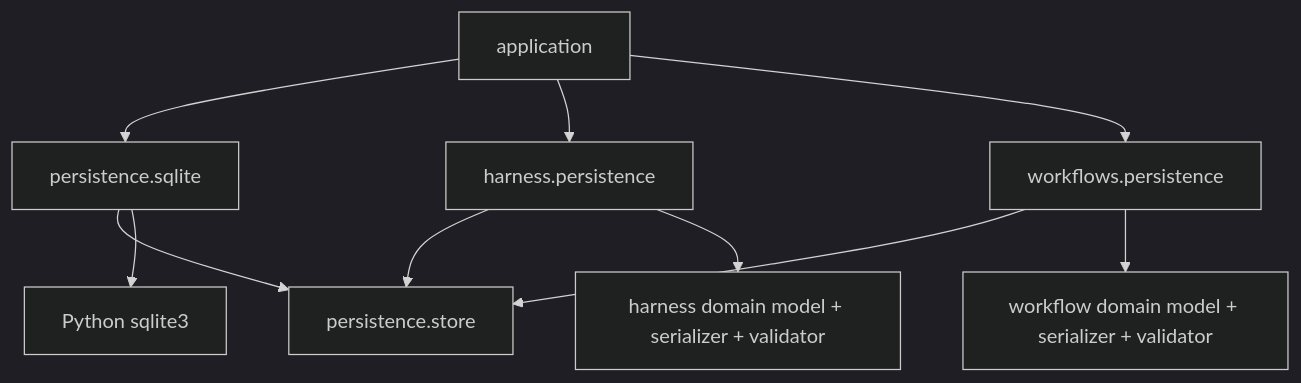
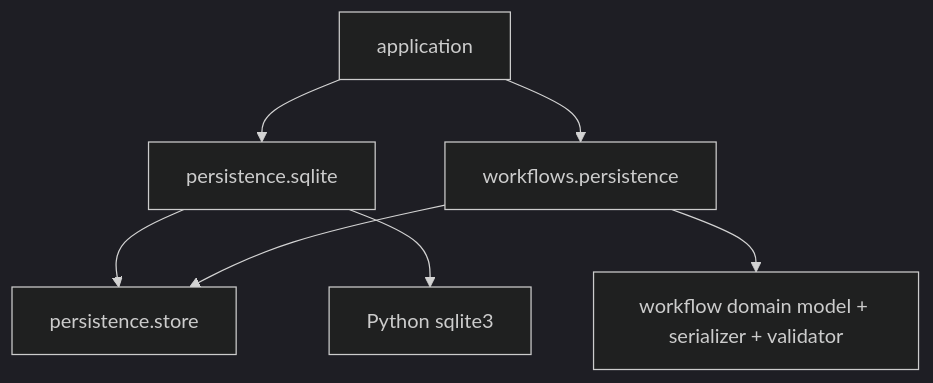
One commit to eragasa/ksdft2effmass changed the fourth of 4 diagrams in docs/architecture/v2/ksdft2effmass/persistence/index.md. Above: the diagram before and after it, drawn with Mermaid (dark theme). The commit also changed other lines of this file and 1198 other files, not shown here.

Commit message:
refactor: remove repository harness and legacy architecture

````diff
--- a/docs/architecture/v2/ksdft2effmass/persistence/index.md
+++ b/docs/architecture/v2/ksdft2effmass/persistence/index.md
@@ -245,12 +224,9 @@
 ```mermaid
 flowchart TD
     sqlite["persistence.sqlite"] --> store["persistence.store"]
     sqlite --> stdlib["Python sqlite3"]
-    harness["harness.persistence"] --> store
-    harness --> harness_domain["harness domain model + serializer + validator"]
     workflows["workflows.persistence"] --> store
     workflows --> workflow_domain["workflow domain model + serializer + validator"]
     application --> sqlite
-    application --> harness
     application --> workflows
 ```
````
